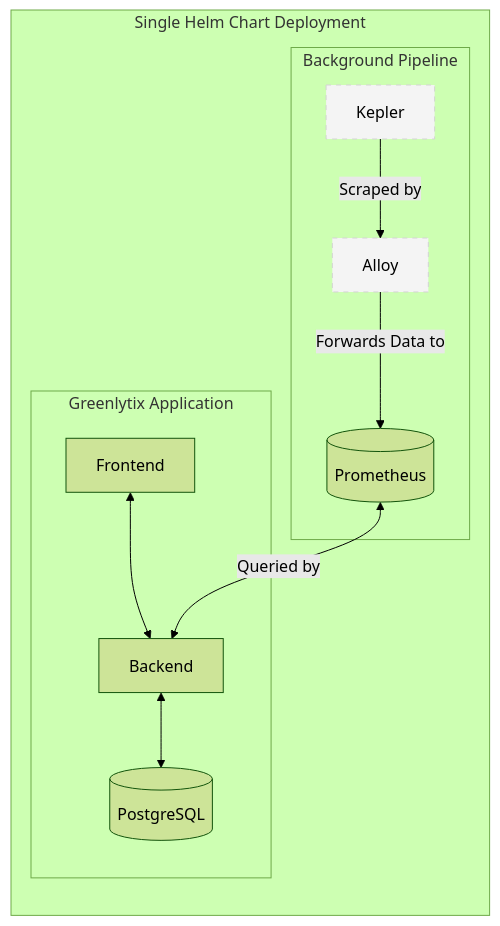
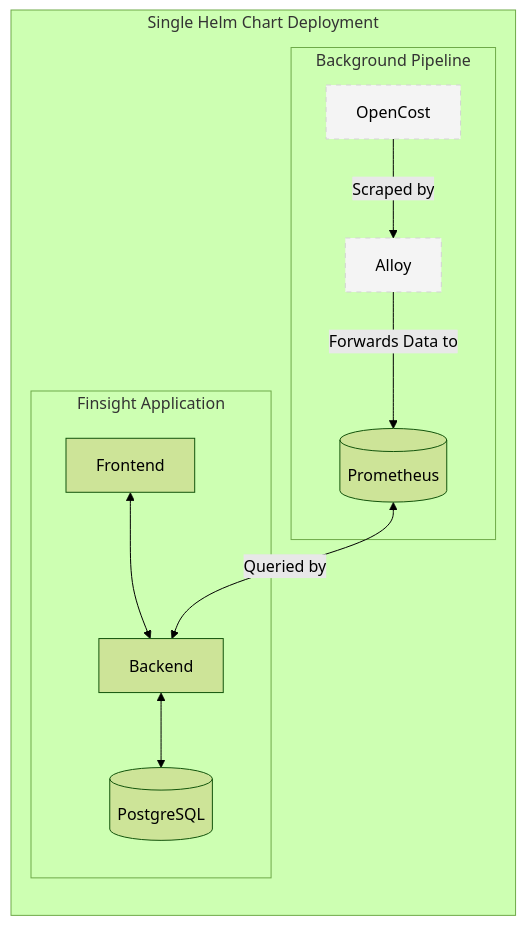
The diagram in README.md (sinulegend689-web/test), drawn with Mermaid (forest theme) before and after one commit. The commit also changed other lines of this file, not shown here.

````diff
--- a/README.md
+++ b/README.md
@@ -23,19 +23,19 @@
 ```mermaid
 flowchart LR
     subgraph Single Helm Chart Deployment
-        subgraph Greenlytix Application
+        subgraph Finsight Application
             FE[Frontend] <--> BE[Backend]
             BE <--> DB[(PostgreSQL)]
         end
 
         subgraph Background Pipeline
-            KP[Kepler] -- Scraped by --> AL[Alloy]
+            OC[OpenCost] -- Scraped by --> AL[Alloy]
             AL -- Forwards Data to --> PR[(Prometheus)]
         end
 
         PR <-- Queried by --> BE
     end
 
     classDef background fill:#f4f4f4,stroke:#d3d3d3,stroke-dasharray: 5 5;
-    class KP,AL background;
+    class OC,AL background;
 ```
````
